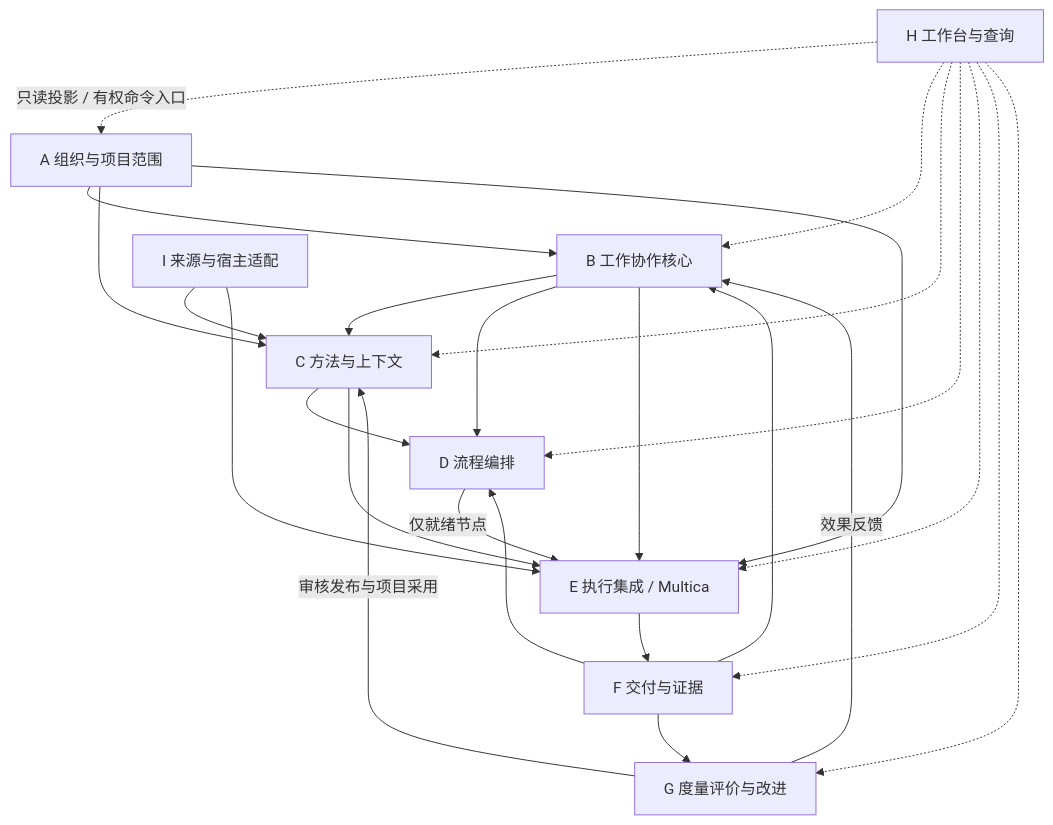
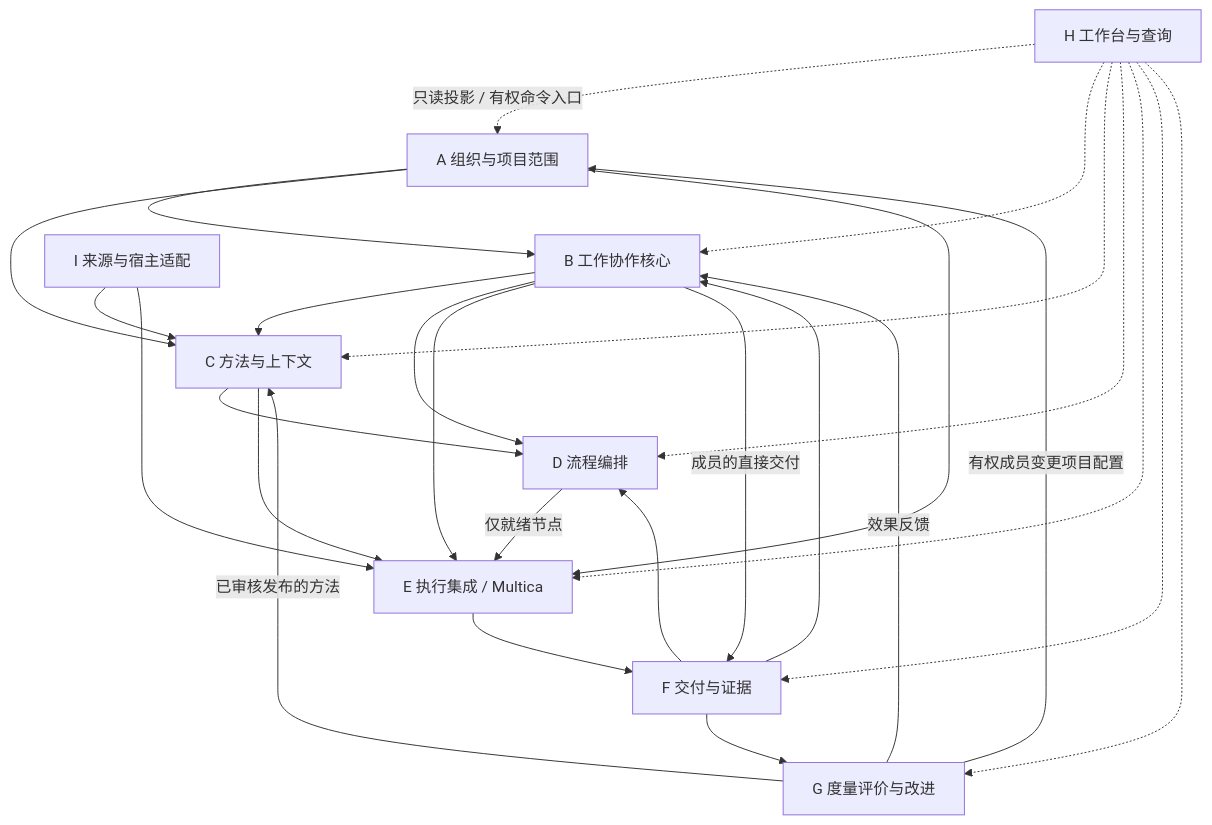
One commit to ScWen7/Issues changed the seventh of 7 diagrams in docs/architecture/system-architecture.md. Above: the diagram before and after it, drawn with Mermaid. The commit also changed other lines of this file and 6 other files, not shown here.

```diff
--- a/docs/architecture/system-architecture.md
+++ b/docs/architecture/system-architecture.md
@@ -348,36 +356,38 @@
 ~~~mermaid
 flowchart TB
   Org["A 组织与项目范围"]
   Work["B 工作协作核心"]
   Context["C 方法与上下文"]
   Workflow["D 流程编排"]
   Execution["E 执行集成 / Multica"]
   Delivery["F 交付与证据"]
   Improve["G 度量评价与改进"]
   Workbench["H 工作台与查询"]
   Adapters["I 来源与宿主适配"]
   Org --> Work
   Org --> Context
   Org --> Execution
   Work --> Context
   Work --> Workflow
   Work --> Execution
   Context --> Workflow
   Context --> Execution
   Workflow -->|"仅就绪节点"| Execution
   Execution --> Delivery
+  Work -->|"成员的直接交付"| Delivery
   Delivery --> Work
   Delivery --> Workflow
   Delivery --> Improve
-  Improve -->|"审核发布与项目采用"| Context
+  Improve -->|"已审核发布的方法"| Context
+  Improve -->|"有权成员变更项目配置"| Org
   Improve -->|"效果反馈"| Work
   Adapters --> Context
   Adapters --> Execution
   Workbench -.->|"只读投影 / 有权命令入口"| Org
   Workbench -.-> Work
   Workbench -.-> Context
   Workbench -.-> Workflow
   Workbench -.-> Execution
   Workbench -.-> Delivery
   Workbench -.-> Improve
 ~~~
```
